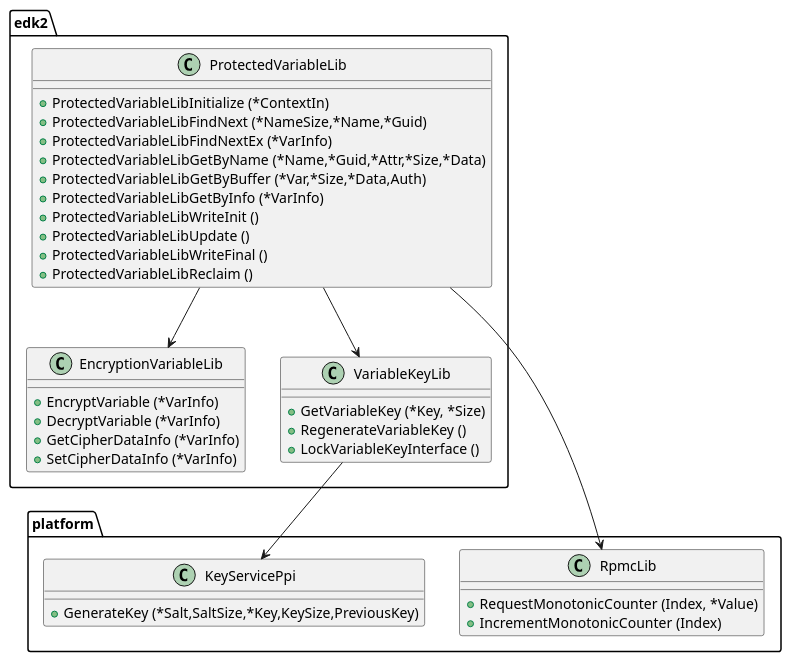
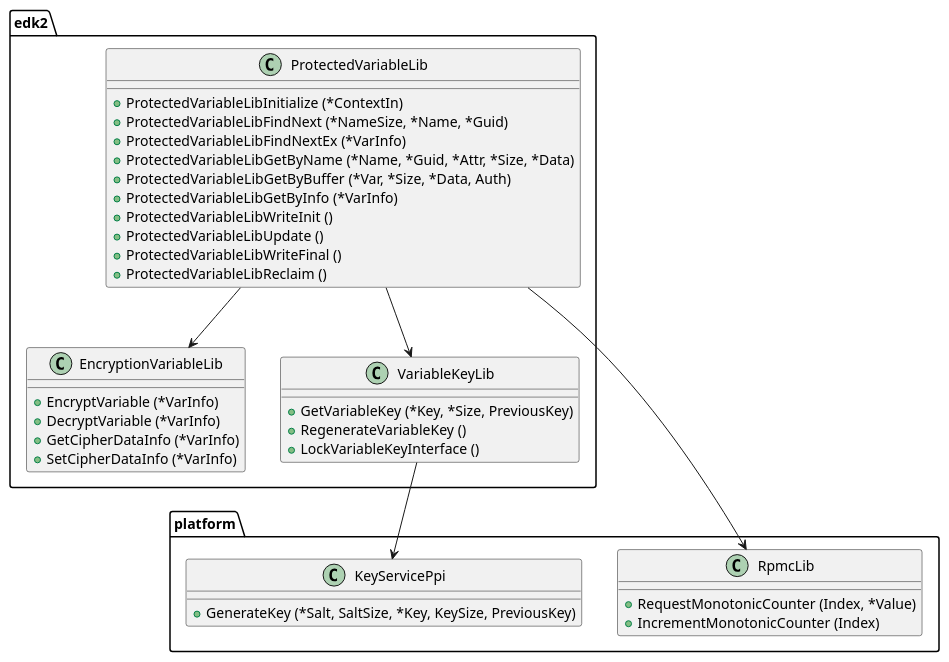
One commit to jwang36/edk2-staging changed the diagram in LibClass.puml. Above: the diagram before and after it, drawn with PlantUML. The commit also changed 13 other files, not shown here.

Commit message:
ProtectedVariableLib: updated flow in readme.md

```diff
--- a/LibClass.puml
+++ b/LibClass.puml
@@ -1,47 +1,47 @@
 @startuml LibraryClasses
 
     package platform {
       class RpmcLib {
         +RequestMonotonicCounter (Index, *Value)
         +IncrementMonotonicCounter (Index)
       }
 
       class KeyServicePpi {
-        +GenerateKey (*Salt,SaltSize,*Key,KeySize,PreviousKey)
+        +GenerateKey (*Salt, SaltSize, *Key, KeySize, PreviousKey)
       }
     }
 
     package edk2 {
       class ProtectedVariableLib {
         +ProtectedVariableLibInitialize (*ContextIn)
-        +ProtectedVariableLibFindNext (*NameSize,*Name,*Guid)
+        +ProtectedVariableLibFindNext (*NameSize, *Name, *Guid)
         +ProtectedVariableLibFindNextEx (*VarInfo)
-        +ProtectedVariableLibGetByName (*Name,*Guid,*Attr,*Size,*Data)
-        +ProtectedVariableLibGetByBuffer (*Var,*Size,*Data,Auth)
+        +ProtectedVariableLibGetByName (*Name, *Guid, *Attr, *Size, *Data)
+        +ProtectedVariableLibGetByBuffer (*Var, *Size, *Data, Auth)
         +ProtectedVariableLibGetByInfo (*VarInfo)
         +ProtectedVariableLibWriteInit ()
         +ProtectedVariableLibUpdate ()
         +ProtectedVariableLibWriteFinal ()
         +ProtectedVariableLibReclaim ()
       }
 
       class EncryptionVariableLib {
         +EncryptVariable (*VarInfo)
         +DecryptVariable (*VarInfo)
         +GetCipherDataInfo (*VarInfo)
         +SetCipherDataInfo (*VarInfo)
       }
 
       class VariableKeyLib {
-        +GetVariableKey (*Key, *Size)
+        +GetVariableKey (*Key, *Size, PreviousKey)
         +RegenerateVariableKey ()
         +LockVariableKeyInterface ()
       }
     }
 
     ProtectedVariableLib --> EncryptionVariableLib
     ProtectedVariableLib --> RpmcLib
     ProtectedVariableLib --> VariableKeyLib
     VariableKeyLib --> KeyServicePpi
 
 @enduml
```
